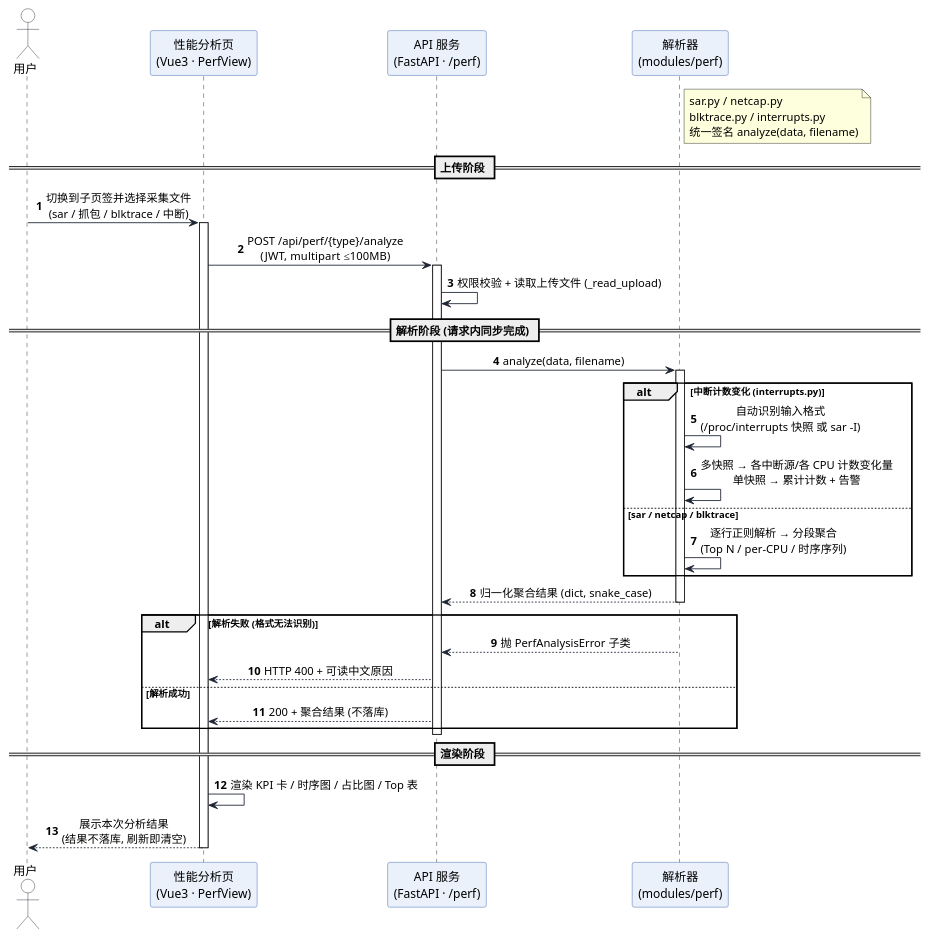
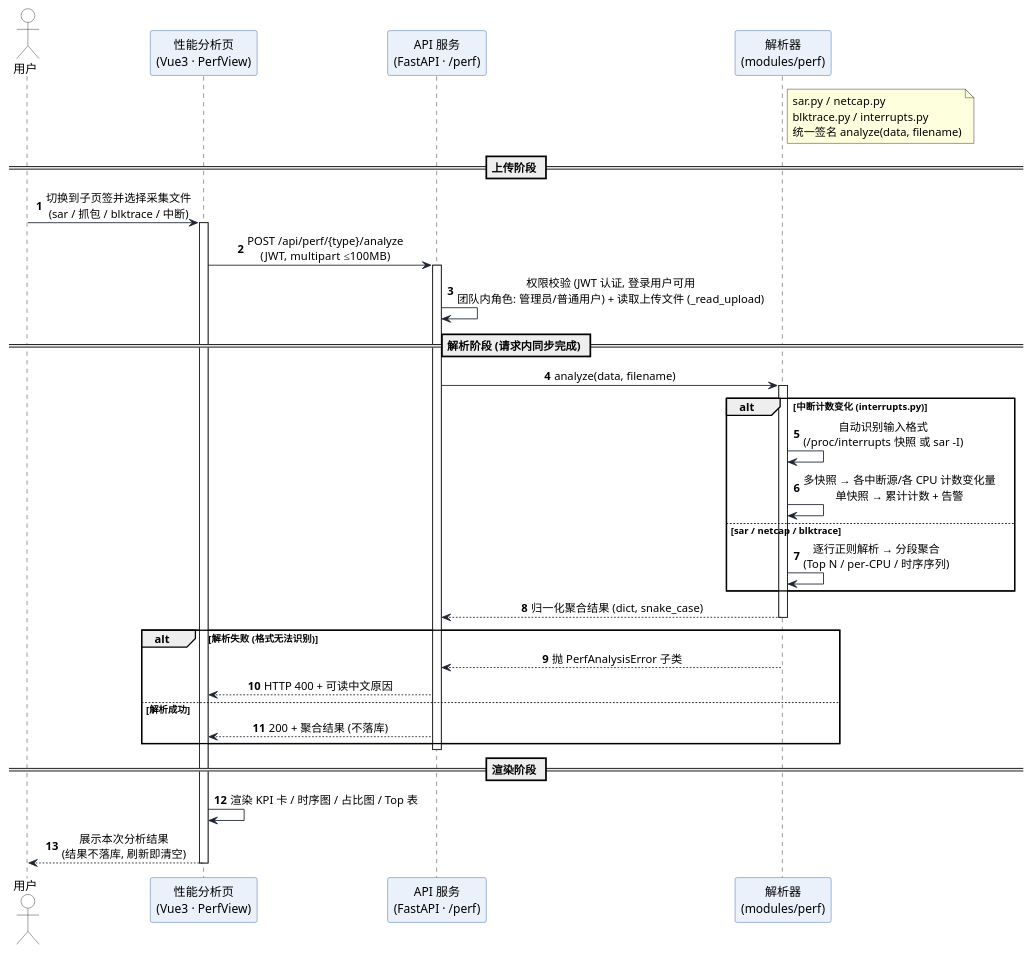
One commit to openeuler-mirror/log-insight changed the diagram in docs/diagrams/时序图-性能离线分析.puml. Above: the diagram before and after it, drawn with PlantUML. The commit also changed 34 other files, not shown here.

First line of the commit message:
feat(team): 团队角色合并为管理员/普通用户, 同步文档与图表

```diff
--- a/docs/diagrams/时序图-性能离线分析.puml
+++ b/docs/diagrams/时序图-性能离线分析.puml
@@ -1,55 +1,56 @@
 @startuml 时序图-性能离线分析
 ' 性能离线分析流程: 上传采集文件 → 请求内同步解析 → 聚合归一化 → 返回 → ECharts 渲染
 ' 覆盖四个子页签: sar 系统性能 / 网络抓包 / blktrace / 中断计数变化
+' 权限模型: 平台级 admin/普通用户 × 团队级 管理员/普通用户
 autonumber
 skinparam shadowing false
 skinparam SequenceMessageAlignment center
 skinparam ArrowColor #1D2433
 skinparam LifeLineBorderColor #94A7C4
 skinparam ParticipantBackgroundColor #EAF1FB
 skinparam ParticipantBorderColor #2F5CAC
 skinparam ActorBackgroundColor #FFFFFF
 skinparam ActorBorderColor #1D2433
 
 actor "用户" as user
 participant "性能分析页\n(Vue3 · PerfView)" as web
 participant "API 服务\n(FastAPI · /perf)" as api
 participant "解析器\n(modules/perf)" as parser
 note right of parser
   sar.py / netcap.py
   blktrace.py / interrupts.py
   统一签名 analyze(data, filename)
 end note
 
 == 上传阶段 ==
 user -> web : 切换到子页签并选择采集文件\n(sar / 抓包 / blktrace / 中断)
 activate web
 web -> api : POST /api/perf/{type}/analyze\n(JWT, multipart ≤100MB)
 activate api
-api -> api : 权限校验 + 读取上传文件 (_read_upload)
+api -> api : 权限校验 (JWT 认证, 登录用户可用\n团队内角色: 管理员/普通用户) + 读取上传文件 (_read_upload)
 
 == 解析阶段 (请求内同步完成) ==
 api -> parser : analyze(data, filename)
 activate parser
 alt 中断计数变化 (interrupts.py)
   parser -> parser : 自动识别输入格式\n(/proc/interrupts 快照 或 sar -I)
   parser -> parser : 多快照 → 各中断源/各 CPU 计数变化量\n单快照 → 累计计数 + 告警
 else sar / netcap / blktrace
   parser -> parser : 逐行正则解析 → 分段聚合\n(Top N / per-CPU / 时序序列)
 end
 parser --> api : 归一化聚合结果 (dict, snake_case)
 deactivate parser
 
 alt 解析失败 (格式无法识别)
   parser --> api : 抛 PerfAnalysisError 子类
   api --> web : HTTP 400 + 可读中文原因
 else 解析成功
   api --> web : 200 + 聚合结果 (不落库)
 end
 deactivate api
 
 == 渲染阶段 ==
 web -> web : 渲染 KPI 卡 / 时序图 / 占比图 / Top 表
 web --> user : 展示本次分析结果\n(结果不落库, 刷新即清空)
 deactivate web
 @enduml
```
